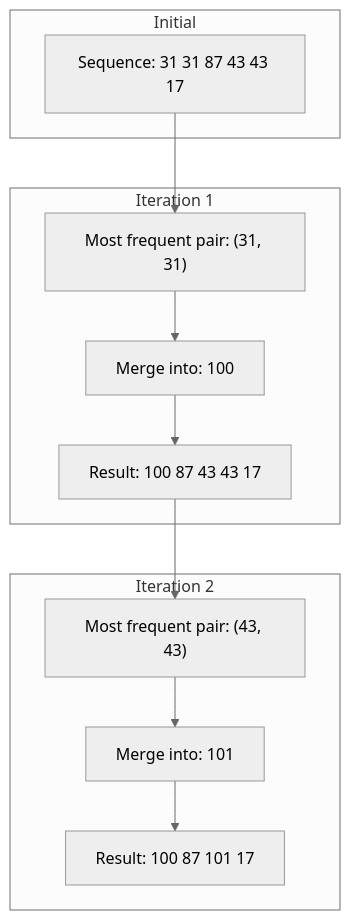
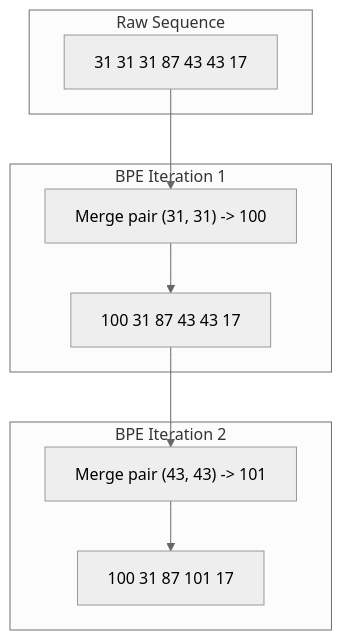
Before and after one commit to shemaobt/model-training: the third of 6 diagrams in docs/ARCHITECTURE.md, drawn with Mermaid (neutral theme). The commit also changed other lines of this file and 1 other file, not shown here.

First line of the commit message:
docs: enhance architecture deep dive and pipeline overview

````diff
--- a/docs/ARCHITECTURE.md
+++ b/docs/ARCHITECTURE.md
@@ -133,20 +122,18 @@
 ```mermaid
 flowchart TB
-    subgraph Initial
-        A["Sequence: 31 31 87 43 43 17"]
+    subgraph Raw Sequence
+        A["31 31 31 87 43 43 17"]
     end
     
-    subgraph Iteration 1
-        B["Most frequent pair: (31, 31)"]
-        C["Merge into: 100"]
-        D["Result: 100 87 43 43 17"]
+    subgraph BPE Iteration 1
+        B["Merge pair (31, 31) -> 100"]
+        C["100 31 87 43 43 17"]
     end
     
-    subgraph Iteration 2
-        E["Most frequent pair: (43, 43)"]
-        F["Merge into: 101"]
-        G["Result: 100 87 101 17"]
+    subgraph BPE Iteration 2
+        D["Merge pair (43, 43) -> 101"]
+        E["100 31 87 101 17"]
     end
     
-    A --> B --> C --> D --> E --> F --> G
+    A --> B --> C --> D --> E
 ```
````
